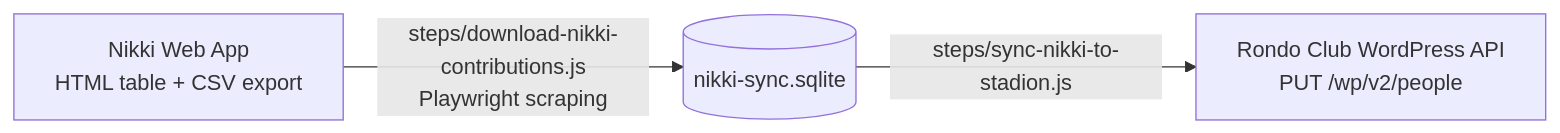
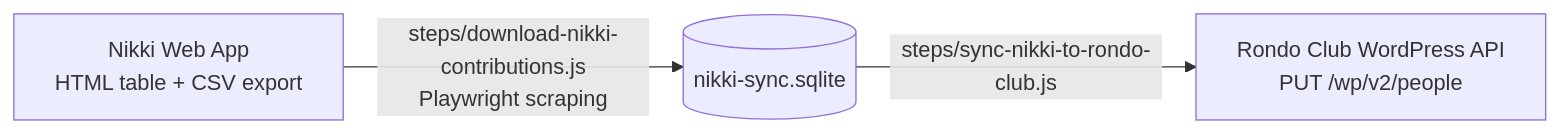
The third of 8 diagrams in docs/sync-architecture.md (jdevalk/sportlink-sync), drawn with Mermaid before and after one commit. The commit also changed other lines of this file and 12 other files, not shown here.

First line of the commit message:
docs(43-01): rename stadion references to rondo_club in all 13 docs/ files

````diff
--- a/docs/sync-architecture.md
+++ b/docs/sync-architecture.md
@@ -264,9 +264,9 @@
 ```mermaid
 graph LR
     NK[Nikki Web App<br>HTML table + CSV export]
     DB[(nikki-sync.sqlite)]
     ST[Rondo Club WordPress API<br>PUT /wp/v2/people]
 
     NK -->|steps/download-nikki-contributions.js<br>Playwright scraping| DB
-    DB -->|steps/sync-nikki-to-stadion.js| ST
+    DB -->|steps/sync-nikki-to-rondo-club.js| ST
 ```
````
